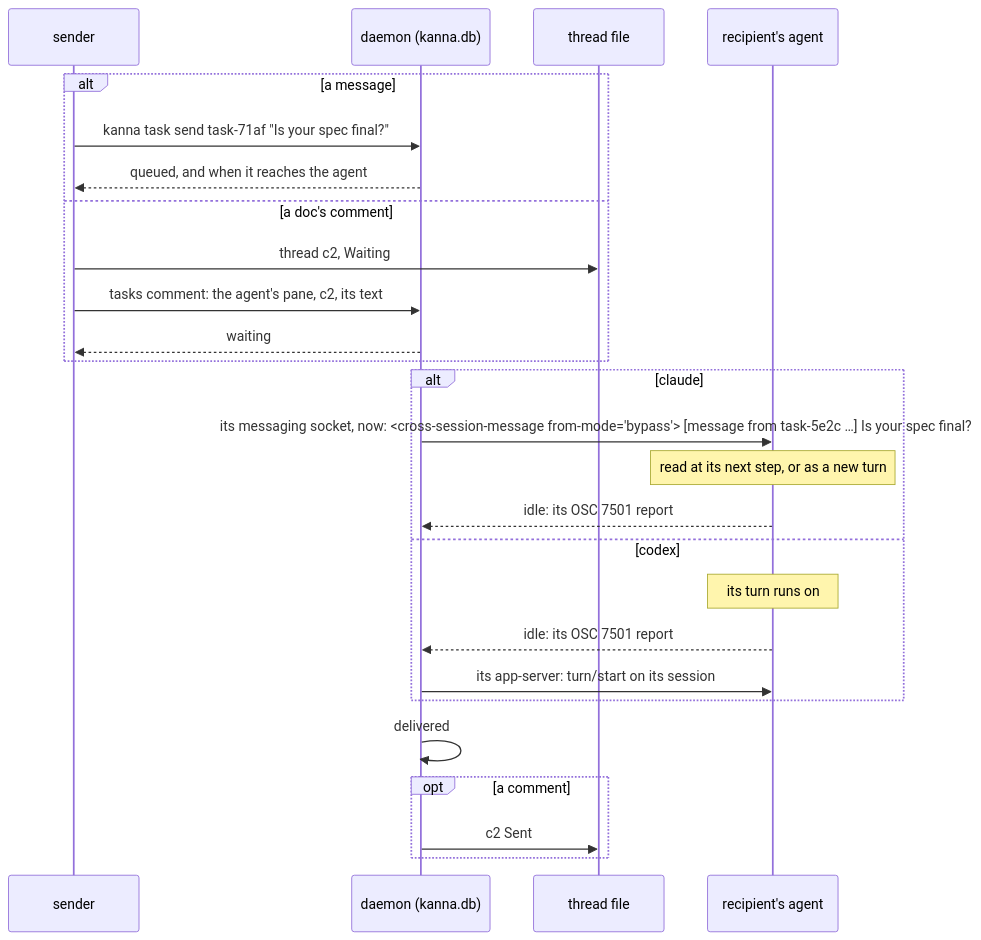
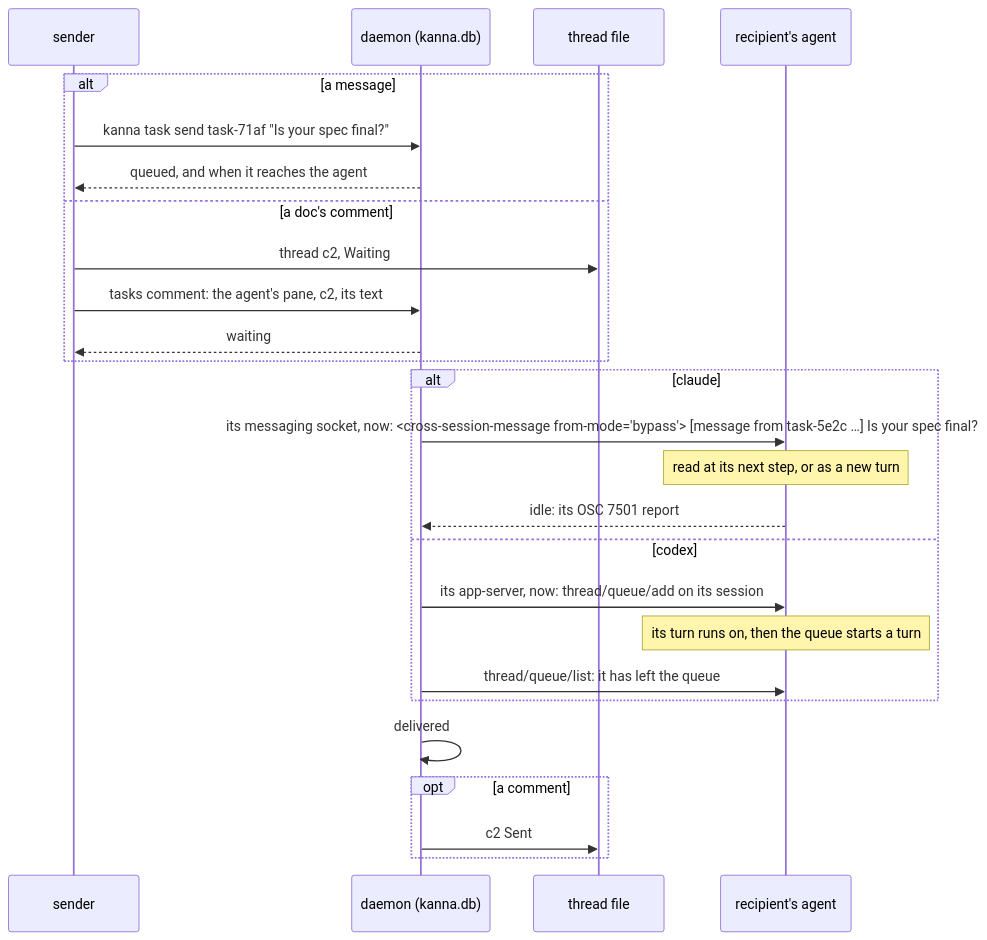
One commit to tampopogk/kanna changed the second of 3 diagrams in docs/specs/agent-messaging.md. Above: the diagram before and after it, drawn with Mermaid. The commit also changed other lines of this file and 6 other files, not shown here.

First line of the commit message:
Codex takes messages through its own queue, so nothing waits for its prompt

````diff
--- a/docs/specs/agent-messaging.md
+++ b/docs/specs/agent-messaging.md
@@ -37,28 +37,28 @@
 ```mermaid
 sequenceDiagram
     participant S as sender
     participant D as daemon (kanna.db)
     participant F as thread file
     participant T as recipient's agent
     alt a message
         S->>D: kanna task send task-71af "Is your spec final?"
         D-->>S: queued, and when it reaches the agent
     else a doc's comment
         S->>F: thread c2, Waiting
         S->>D: tasks comment: the agent's pane, c2, its text
         D-->>S: waiting
     end
     alt claude
         D->>T: its messaging socket, now: <cross-session-message from-mode="bypass"> [message from task-5e2c …] Is your spec final?
         Note over T: read at its next step, or as a new turn
         T-->>D: idle: its OSC 7501 report
     else codex
-        Note over T: its turn runs on
-        T-->>D: idle: its OSC 7501 report
-        D->>T: its app-server: turn/start on its session
+        D->>T: its app-server, now: thread/queue/add on its session
+        Note over T: its turn runs on, then the queue starts a turn
+        D->>T: thread/queue/list: it has left the queue
     end
     D->>D: delivered
     opt a comment
         D->>F: c2 Sent
     end
 ```
````
